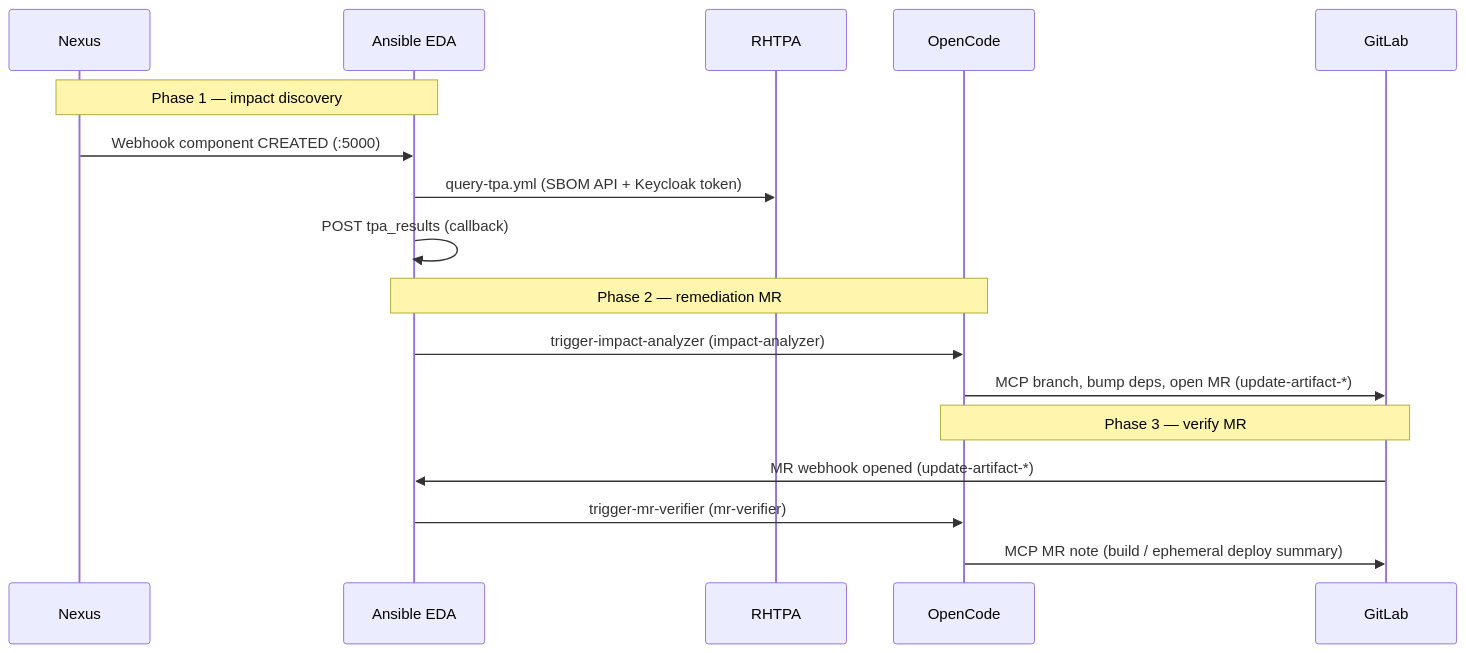
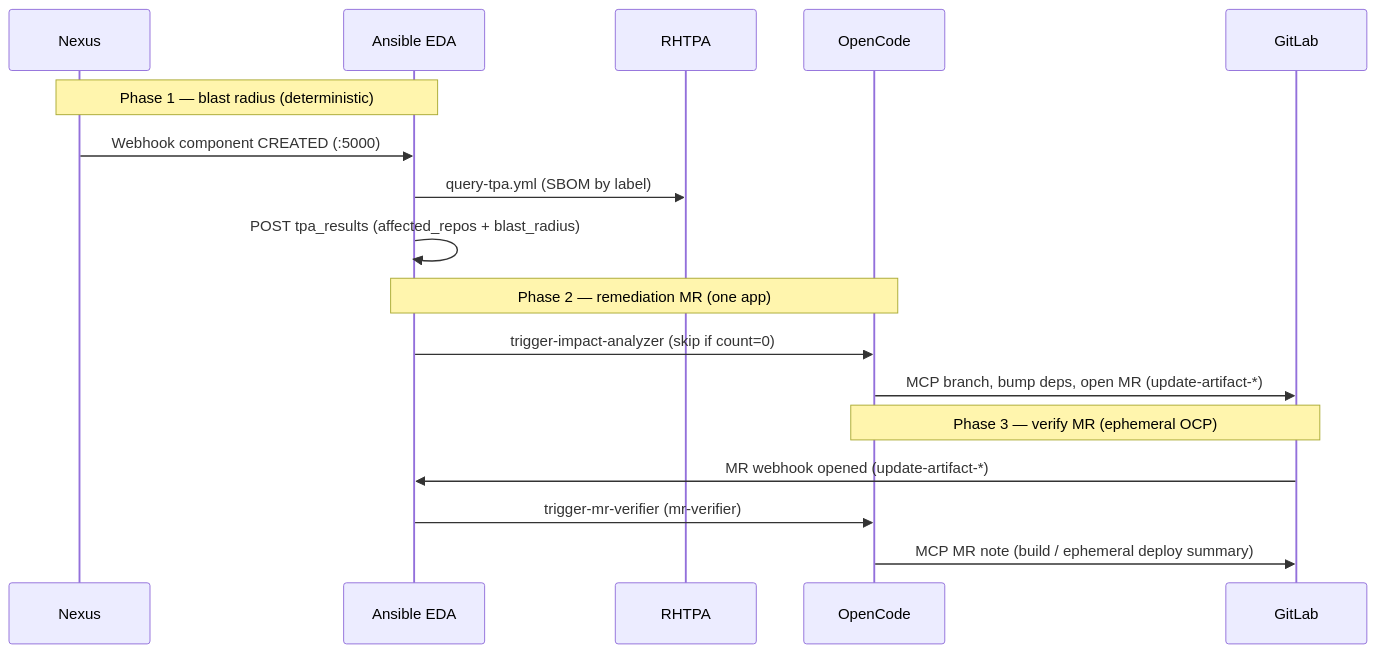
Before and after one commit to sshaaf/lw-sdlc-opencode: the diagram in README.md, drawn with Mermaid. The commit also changed other lines of this file and 45 other files, not shown here.

````diff
--- a/README.md
+++ b/README.md
@@ -13,21 +15,21 @@
 ```mermaid
 sequenceDiagram
   participant Nexus
   participant EDA as Ansible EDA
   participant TPA as RHTPA
   participant OC as OpenCode
   participant GL as GitLab
 
-  Note over Nexus,EDA: Phase 1 — impact discovery
+  Note over Nexus,EDA: Phase 1 — blast radius (deterministic)
   Nexus->>EDA: Webhook component CREATED (:5000)
-  EDA->>TPA: query-tpa.yml (SBOM API + Keycloak token)
-  EDA->>EDA: POST tpa_results (callback)
-  Note over EDA,OC: Phase 2 — remediation MR
-  EDA->>OC: trigger-impact-analyzer (impact-analyzer)
+  EDA->>TPA: query-tpa.yml (SBOM by label)
+  EDA->>EDA: POST tpa_results (affected_repos + blast_radius)
+  Note over EDA,OC: Phase 2 — remediation MR (one app)
+  EDA->>OC: trigger-impact-analyzer (skip if count=0)
   OC->>GL: MCP branch, bump deps, open MR (update-artifact-*)
 
-  Note over GL,OC: Phase 3 — verify MR
+  Note over GL,OC: Phase 3 — verify MR (ephemeral OCP)
   GL->>EDA: MR webhook opened (update-artifact-*)
   EDA->>OC: trigger-mr-verifier (mr-verifier)
   OC->>GL: MCP MR note (build / ephemeral deploy summary)
 ```
````
